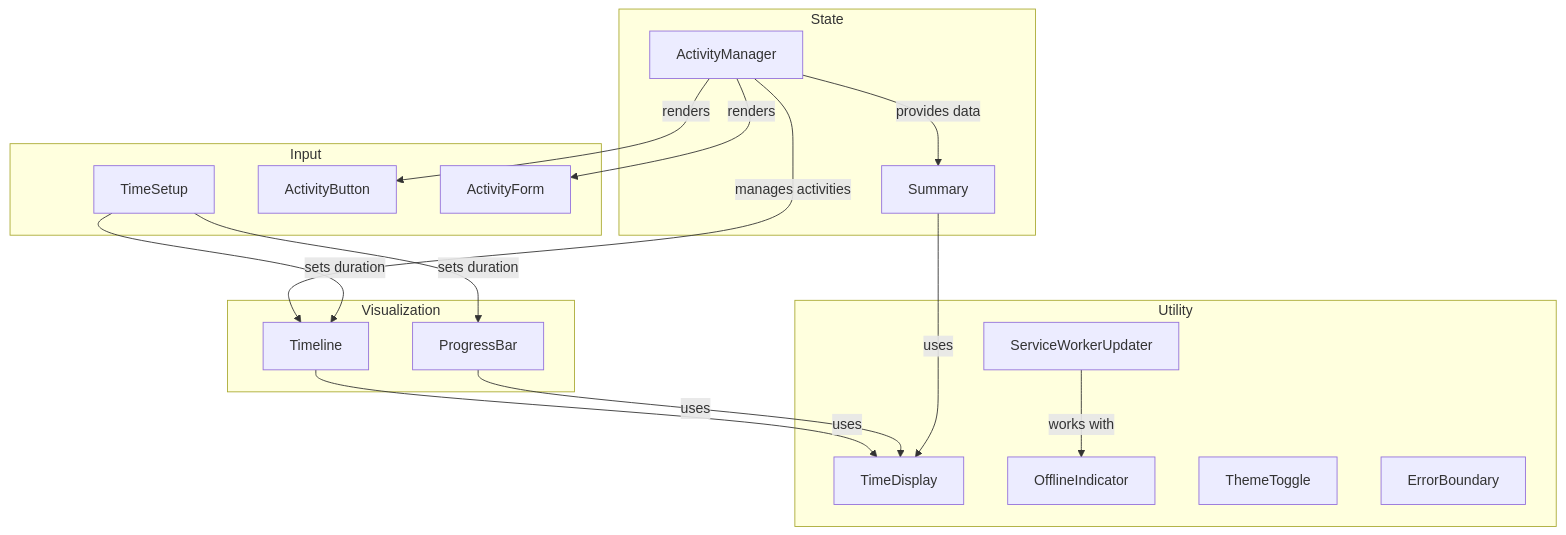
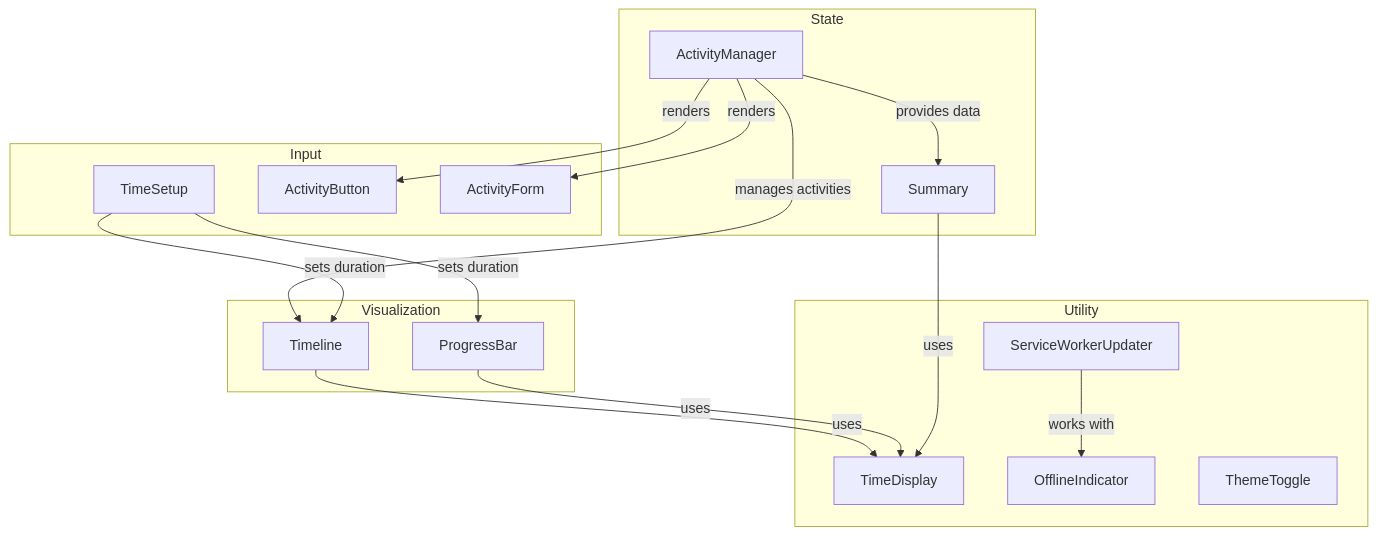
One commit to ken-guru/github-copilot-agent-assisted-next-app changed the diagram in docs/components/README.md. Above: the diagram before and after it, drawn with Mermaid. The commit also changed other lines of this file and 5 other files, not shown here.

````diff
--- a/docs/components/README.md
+++ b/docs/components/README.md
@@ -46,39 +49,36 @@
 ```mermaid
 graph TD
-    %% Main Component Groups
     subgraph Visualization
         TL[Timeline]
         PB[ProgressBar]
     end
     
     subgraph State
         AM[ActivityManager]
         SUM[Summary]
     end
     
     subgraph Input
         TS[TimeSetup]
         AB[ActivityButton]
         AF[ActivityForm]
     end
     
     subgraph Utility
         TD[TimeDisplay]
         OI[OfflineIndicator]
         TT[ThemeToggle]
-        EB[ErrorBoundary]
         SWU[ServiceWorkerUpdater]
     end
     
-    %% Key Relationships
     AM --> |manages activities| TL
     TS --> |sets duration| TL
     TS --> |sets duration| PB
     AM --> |provides data| SUM
     TL --> |uses| TD
     PB --> |uses| TD
     SUM --> |uses| TD
     AM --> |renders| AB
     AM --> |renders| AF
     SWU --> |works with| OI
 ```
````
